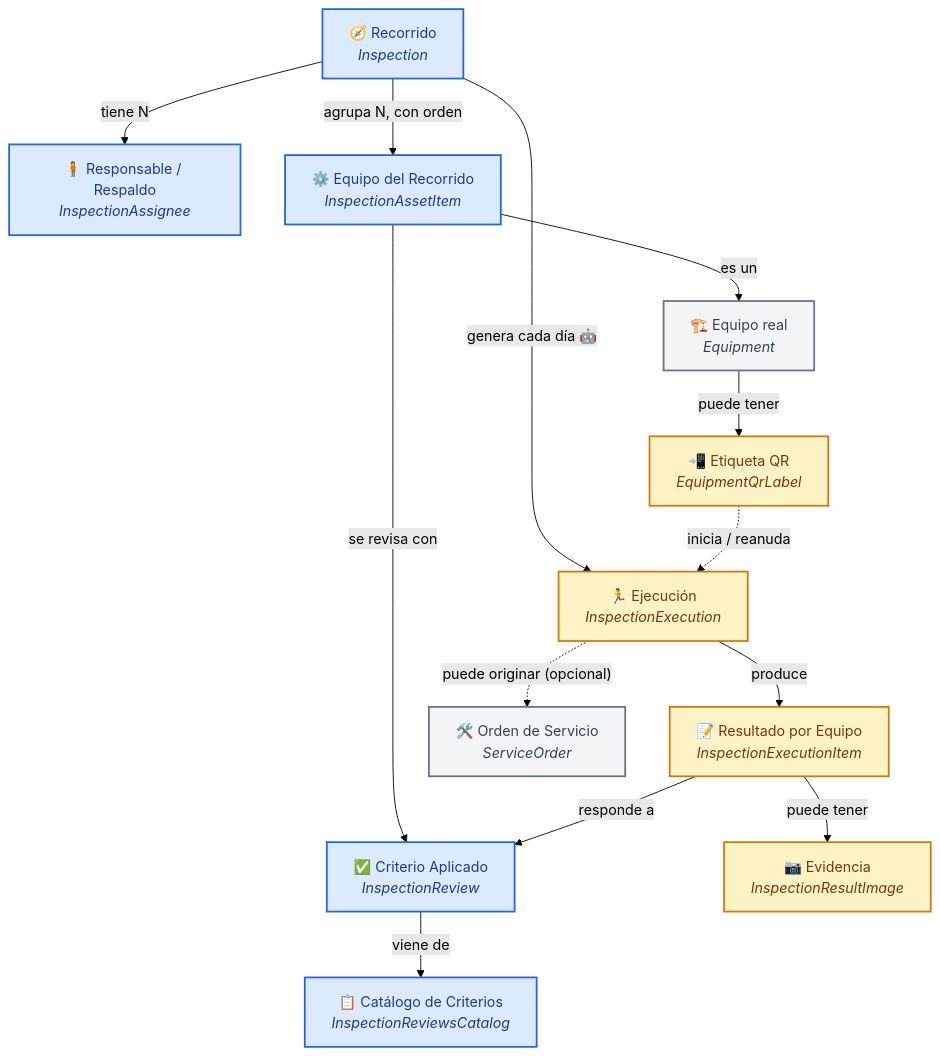
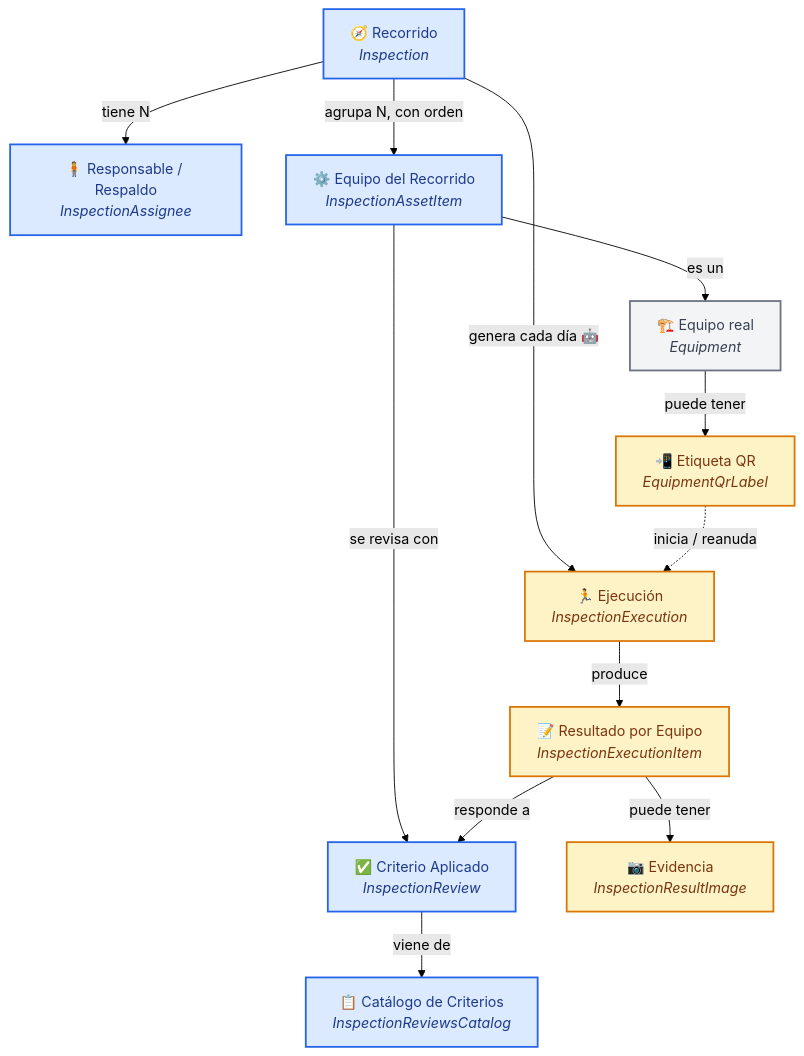
One commit to geshyrihu/luxury-app-general changed the second of 4 diagrams in docs/OperationsLuxuryApp/Inspections/20260929-plan-operations-inspections-recorridos.md. Above: the diagram before and after it, drawn with Mermaid (forest theme). The commit also changed other lines of this file and 2 other files, not shown here.

````diff
--- a/docs/OperationsLuxuryApp/Inspections/20260929-plan-operations-inspections-recorridos.md
+++ b/docs/OperationsLuxuryApp/Inspections/20260929-plan-operations-inspections-recorridos.md
@@ -136,35 +135,33 @@
 ```mermaid
 flowchart TD
     RESP["🧍 Responsable / Respaldo<br/><i>InspectionAssignee</i>"]
     REC["🧭 Recorrido<br/><i>Inspection</i>"]
     EQR["⚙️ Equipo del Recorrido<br/><i>InspectionAssetItem</i>"]
     EQ["🏗️ Equipo real<br/><i>Equipment</i>"]
     CAT["📋 Catálogo de Criterios<br/><i>InspectionReviewsCatalog</i>"]
     CRIT["✅ Criterio Aplicado<br/><i>InspectionReview</i>"]
     EJEC["🏃 Ejecución<br/><i>InspectionExecution</i>"]
     RES["📝 Resultado por Equipo<br/><i>InspectionExecutionItem</i>"]
     IMG["📷 Evidencia<br/><i>InspectionResultImage</i>"]
     QR["📲 Etiqueta QR<br/><i>EquipmentQrLabel</i>"]
-    SO["🛠️ Orden de Servicio<br/><i>ServiceOrder</i>"]
 
     REC -->|"tiene N"| RESP
     REC -->|"agrupa N, con orden"| EQR
     EQR -->|"es un"| EQ
     EQR -->|"se revisa con"| CRIT
     CRIT -->|"viene de"| CAT
     REC -->|"genera cada día 🤖"| EJEC
     EJEC -->|"produce"| RES
     RES -->|"responde a"| CRIT
     RES -->|"puede tener"| IMG
     EQ -->|"puede tener"| QR
     QR -.->|"inicia / reanuda"| EJEC
-    EJEC -.->|"puede originar (opcional)"| SO
 
     classDef recorrido fill:#dbeafe,stroke:#2563eb,color:#1e3a8a,stroke-width:2px
     classDef ejecucion fill:#fef3c7,stroke:#d97706,color:#78350f,stroke-width:2px
     classDef externo fill:#f3f4f6,stroke:#6b7280,color:#374151,stroke-width:2px
 
     class REC,RESP,EQR,CAT,CRIT recorrido
     class EJEC,RES,IMG,QR ejecucion
-    class EQ,SO externo
+    class EQ externo
 ```
````
